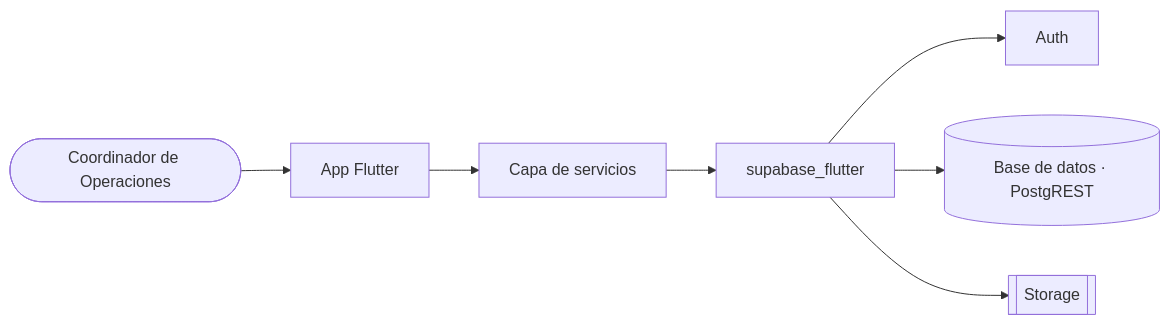
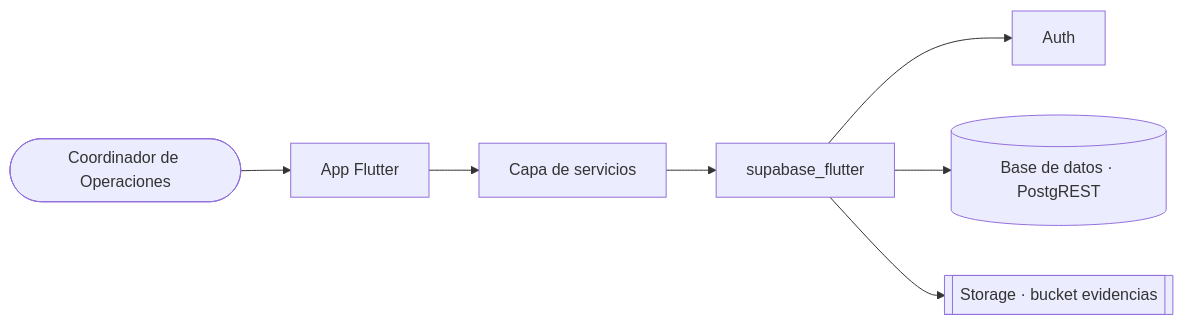
One commit to mauro267/PrototipoFlutter changed the diagram in docs/architectural_spine.md. Above: the diagram before and after it, drawn with Mermaid. The commit also changed other lines of this file and 178 other files, not shown here.

````diff
--- a/docs/architectural_spine.md
+++ b/docs/architectural_spine.md
@@ -24,9 +24,9 @@
 ```mermaid
 flowchart LR
   user([Coordinador de Operaciones]) --> app[App Flutter]
   app --> services[Capa de servicios]
   services --> sdk[supabase_flutter]
   sdk --> auth[Auth]
   sdk --> db[(Base de datos · PostgREST)]
-  sdk --> storage[[Storage]]
+  sdk --> storage[[Storage · bucket evidencias]]
 ```
````
